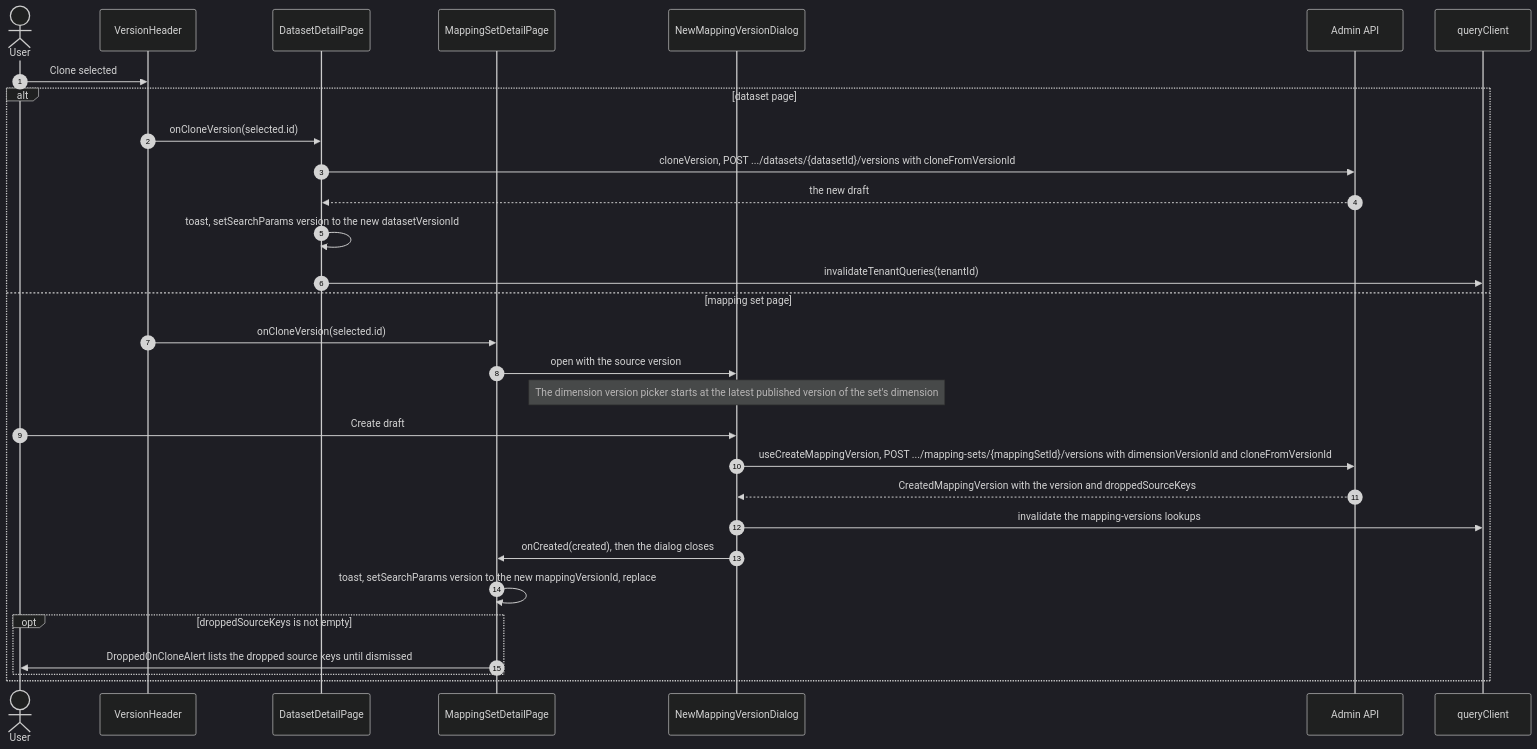
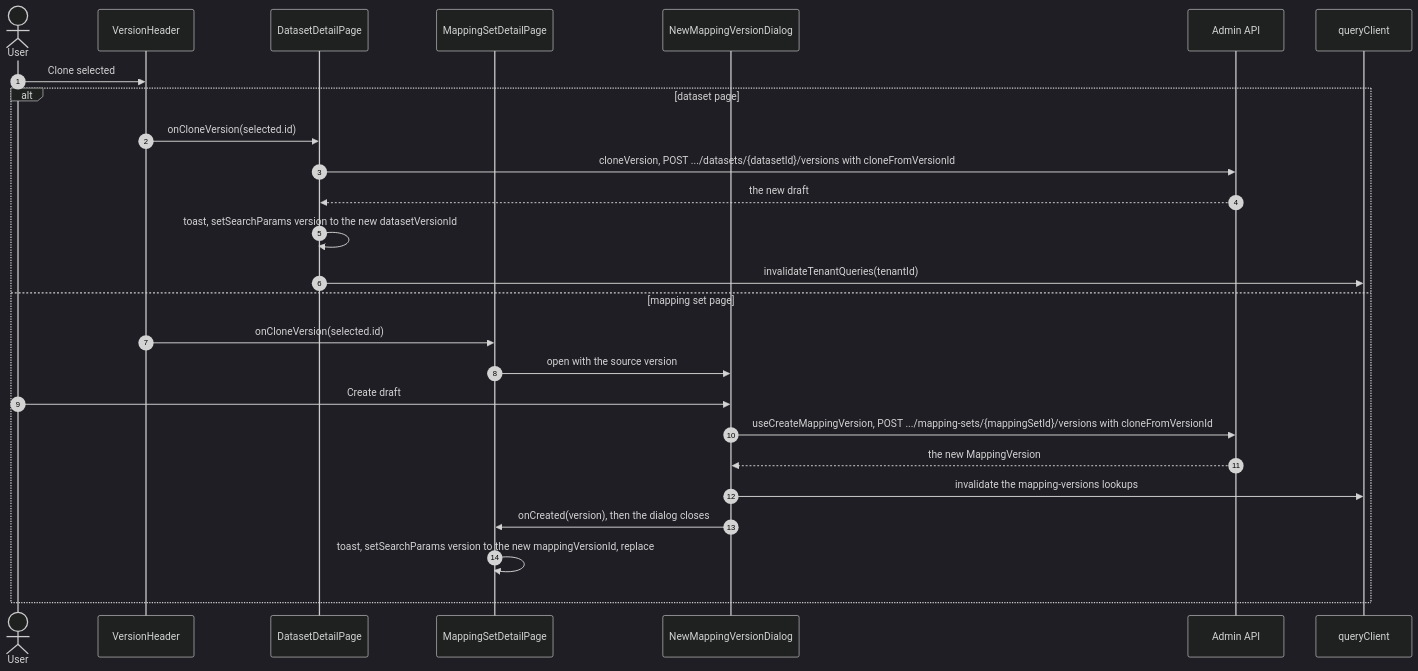
The eighth of 11 diagrams in web/docs/architecture/04-critical-flows.md (chrisaliotta/Quantalytix.QueryEngine.Admin), drawn with Mermaid (dark theme) before and after one commit. The commit also changed other lines of this file and 390 other files, not shown here.

First line of the commit message:
feat: enhance API documentation and architecture for versioning and assumption sets

````diff
--- a/web/docs/architecture/04-critical-flows.md
+++ b/web/docs/architecture/04-critical-flows.md
@@ -295,32 +296,28 @@
 ```mermaid
 sequenceDiagram
     autonumber
     actor User
     participant Header as VersionHeader
     participant DatasetPage as DatasetDetailPage
     participant MappingPage as MappingSetDetailPage
     participant Dialog as NewMappingVersionDialog
     participant Api as Admin API
     participant Cache as queryClient
     User->>Header: Clone selected
     alt dataset page
         Header->>DatasetPage: onCloneVersion(selected.id)
         DatasetPage->>Api: cloneVersion, POST .../datasets/{datasetId}/versions with cloneFromVersionId
         Api-->>DatasetPage: the new draft
         DatasetPage->>DatasetPage: toast, setSearchParams version to the new datasetVersionId
         DatasetPage->>Cache: invalidateTenantQueries(tenantId)
     else mapping set page
         Header->>MappingPage: onCloneVersion(selected.id)
         MappingPage->>Dialog: open with the source version
-        Note over Dialog: The dimension version picker starts at the latest published version of the set's dimension
         User->>Dialog: Create draft
-        Dialog->>Api: useCreateMappingVersion, POST .../mapping-sets/{mappingSetId}/versions with dimensionVersionId and cloneFromVersionId
-        Api-->>Dialog: CreatedMappingVersion with the version and droppedSourceKeys
+        Dialog->>Api: useCreateMappingVersion, POST .../mapping-sets/{mappingSetId}/versions with cloneFromVersionId
+        Api-->>Dialog: the new MappingVersion
         Dialog->>Cache: invalidate the mapping-versions lookups
-        Dialog->>MappingPage: onCreated(created), then the dialog closes
+        Dialog->>MappingPage: onCreated(version), then the dialog closes
         MappingPage->>MappingPage: toast, setSearchParams version to the new mappingVersionId, replace
-        opt droppedSourceKeys is not empty
-            MappingPage->>User: DroppedOnCloneAlert lists the dropped source keys until dismissed
-        end
     end
 ```
````
